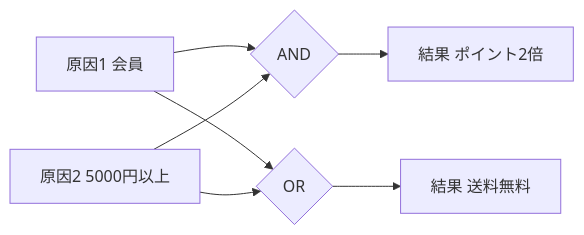
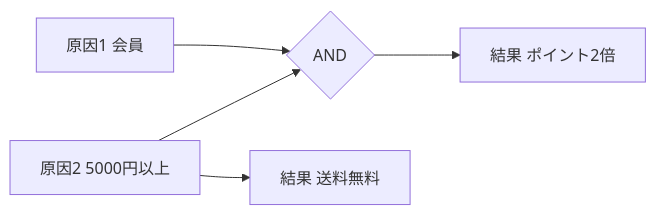
Before and after one commit to myoshi2891/Quality-Assurance-Studies: the fifth of 10 diagrams in Iso-29119-4-test-techniques-guide.md, drawn with Mermaid.

Commit message:
docs(iso-29119-4): simplify cause-effect graph for free shipping condition

````diff
--- a/Iso-29119-4-test-techniques-guide.md
+++ b/Iso-29119-4-test-techniques-guide.md
@@ -349,9 +349,7 @@
 ```mermaid
 flowchart LR
     C1["原因1 会員"] --> AND1{"AND"}
     C2["原因2 5000円以上"] --> AND1
     AND1 --> E1["結果 ポイント2倍"]
-    C1 --> OR1{"OR"}
-    C2 --> OR1
-    OR1 --> E2["結果 送料無料"]
+    C2 --> E2["結果 送料無料"]
 ```
````
